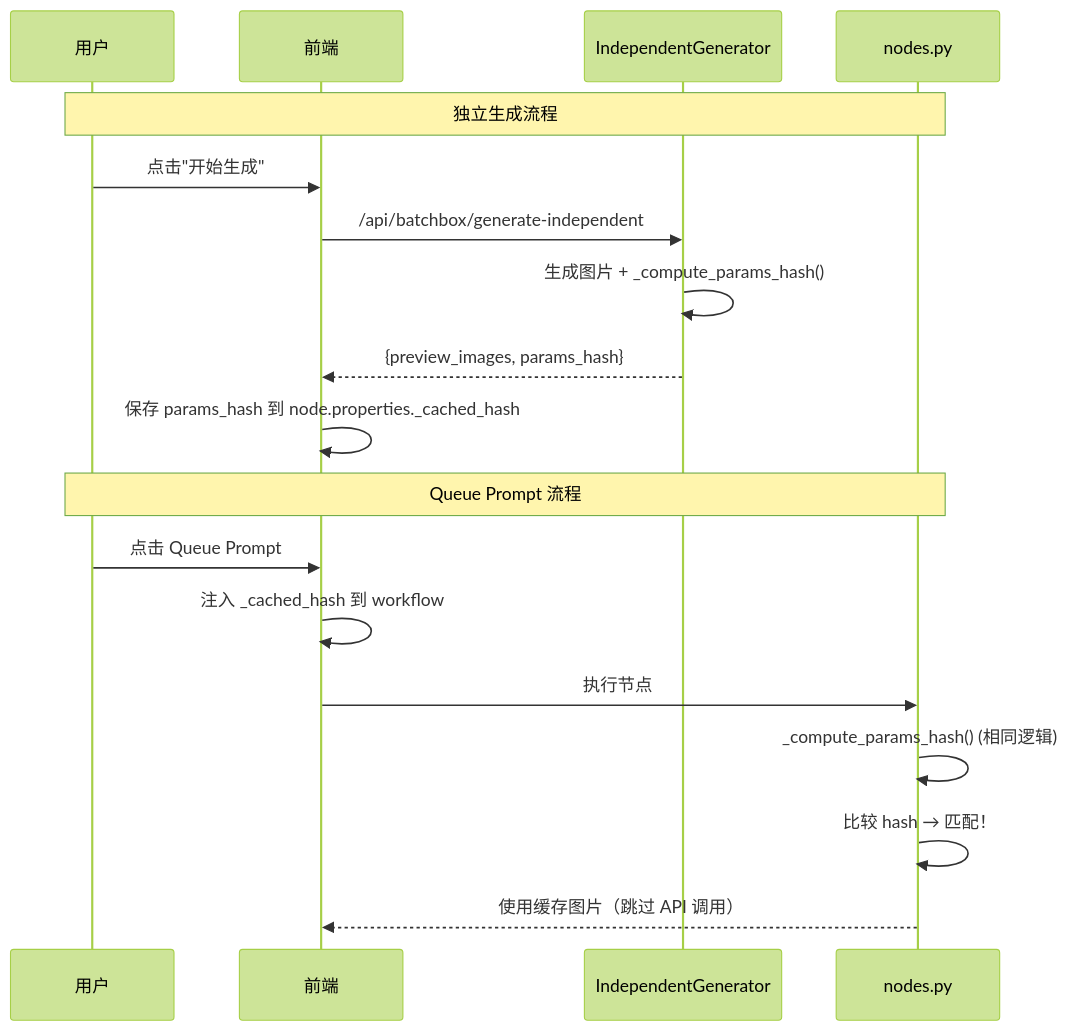
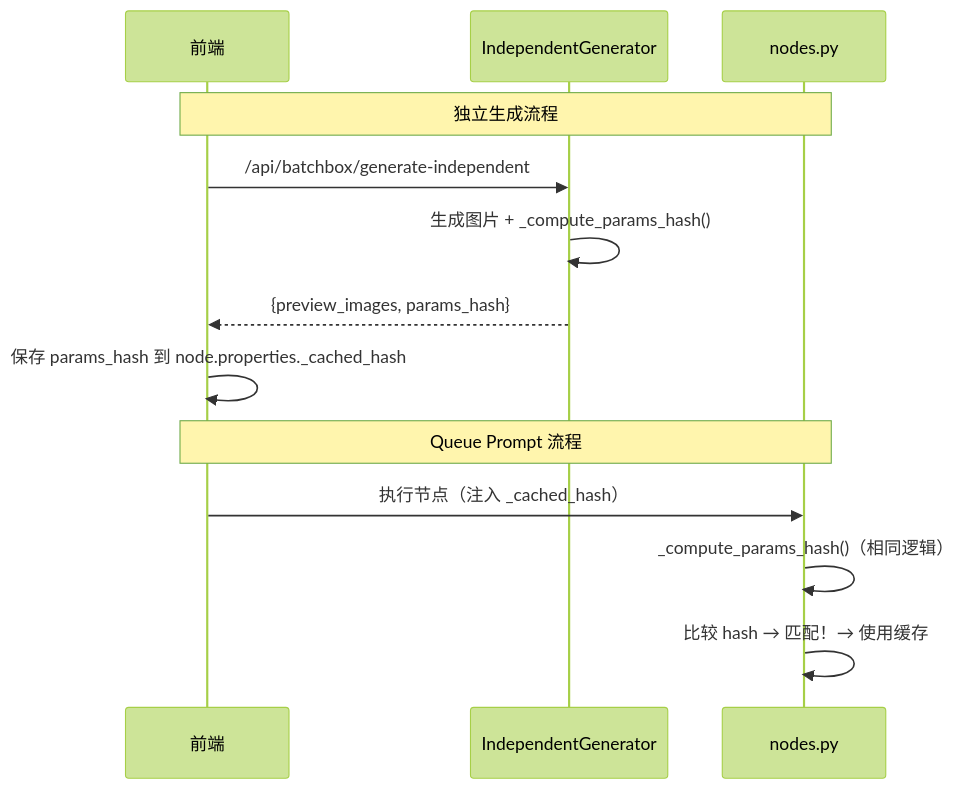
Before and after one commit to RexGrey/ComfyUI-Custom-Batchbox: diagram 14 of 16 in ARCHITECTURE.md, drawn with Mermaid (forest theme). The commit also changed other lines of this file and 5 other files, not shown here.

````diff
--- a/ARCHITECTURE.md
+++ b/ARCHITECTURE.md
@@ -1084,22 +819,17 @@
 ```mermaid
 sequenceDiagram
-    participant U as 用户
     participant F as 前端
     participant IG as IndependentGenerator
     participant N as nodes.py
-    
-    Note over U,N: 独立生成流程
-    U->>F: 点击"开始生成"
+
+    Note over F,N: 独立生成流程
     F->>IG: /api/batchbox/generate-independent
     IG->>IG: 生成图片 + _compute_params_hash()
     IG-->>F: {preview_images, params_hash}
     F->>F: 保存 params_hash 到 node.properties._cached_hash
-    
-    Note over U,N: Queue Prompt 流程
-    U->>F: 点击 Queue Prompt
-    F->>F: 注入 _cached_hash 到 workflow
-    F->>N: 执行节点
-    N->>N: _compute_params_hash() (相同逻辑)
-    N->>N: 比较 hash → 匹配！
-    N-->>F: 使用缓存图片（跳过 API 调用）
+
+    Note over F,N: Queue Prompt 流程
+    F->>N: 执行节点（注入 _cached_hash）
+    N->>N: _compute_params_hash()（相同逻辑）
+    N->>N: 比较 hash → 匹配！→ 使用缓存
 ```
````
